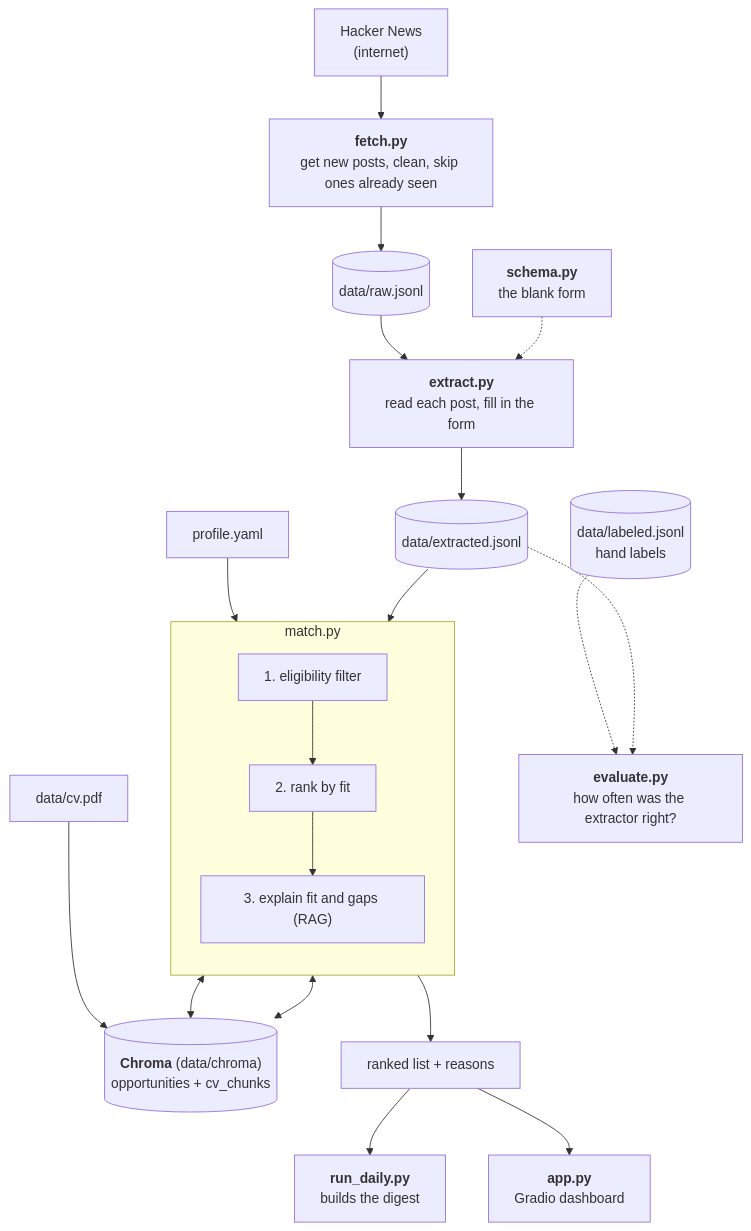
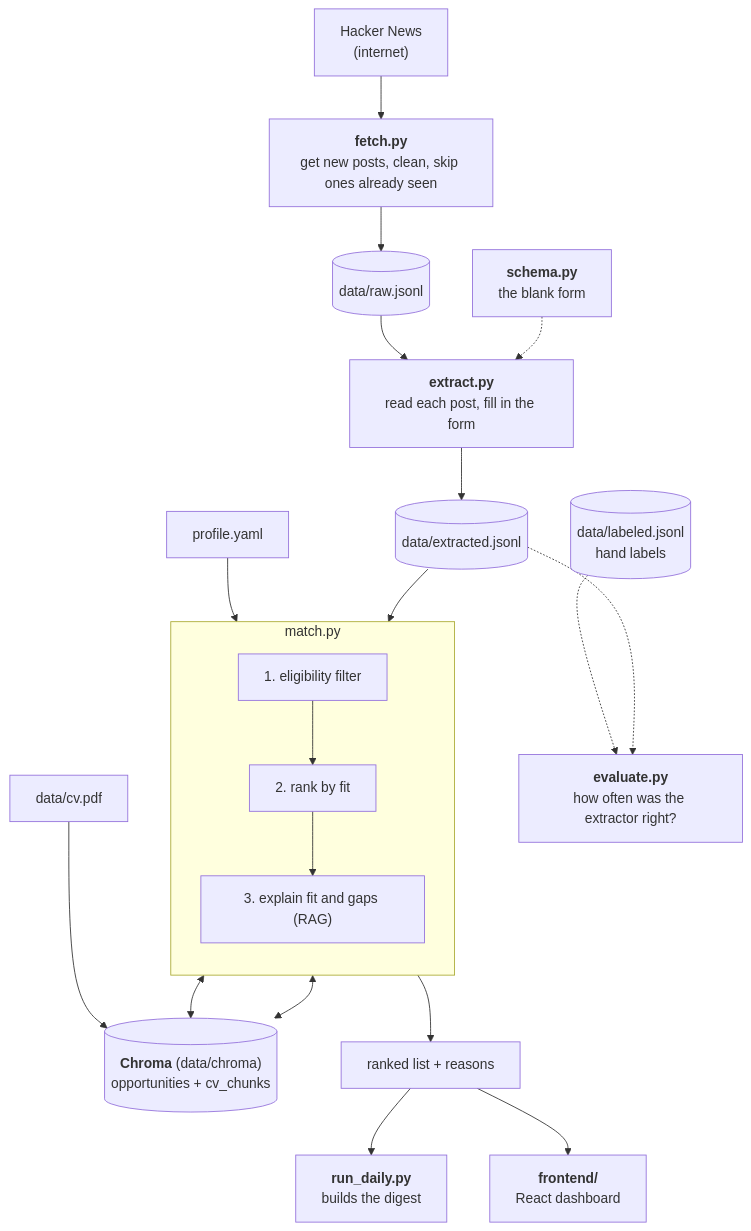
Before and after one commit to Irene-Busah/llm-engineering-course: the diagram in projects/opportunity-finder/README.md, drawn with Mermaid. The commit also changed other lines of this file and 77 other files, not shown here.

````diff
--- a/projects/opportunity-finder/README.md
+++ b/projects/opportunity-finder/README.md
@@ -221,28 +414,28 @@
 ```mermaid
 flowchart TD
     HN["Hacker News<br/>(internet)"] --> fetch["<b>fetch.py</b><br/>get new posts, clean, skip ones already seen"]
     fetch --> raw[("data/raw.jsonl")]
     raw --> extract["<b>extract.py</b><br/>read each post, fill in the form"]
     schema["<b>schema.py</b><br/>the blank form"] -.-> extract
     extract --> extracted[("data/extracted.jsonl")]
 
     subgraph matchbox ["match.py"]
         direction TB
         elig["1. eligibility filter"] --> rank["2. rank by fit"]
         rank --> explain["3. explain fit and gaps (RAG)"]
     end
 
     profile["profile.yaml"] --> elig
     extracted --> elig
     chroma[("<b>Chroma</b> (data/chroma)<br/>opportunities + cv_chunks")]
     rank <--> chroma
     explain <--> chroma
     cv["data/cv.pdf"] --> chroma
 
     explain --> ranked["ranked list + reasons"]
     ranked --> daily["<b>run_daily.py</b><br/>builds the digest"]
-    ranked --> app["<b>app.py</b><br/>Gradio dashboard"]
+    ranked --> app["<b>frontend/</b><br/>React dashboard"]
 
     labeled[("data/labeled.jsonl<br/>hand labels")] -.-> evaluate["<b>evaluate.py</b><br/>how often was the extractor right?"]
     extracted -.-> evaluate
 ```
````
